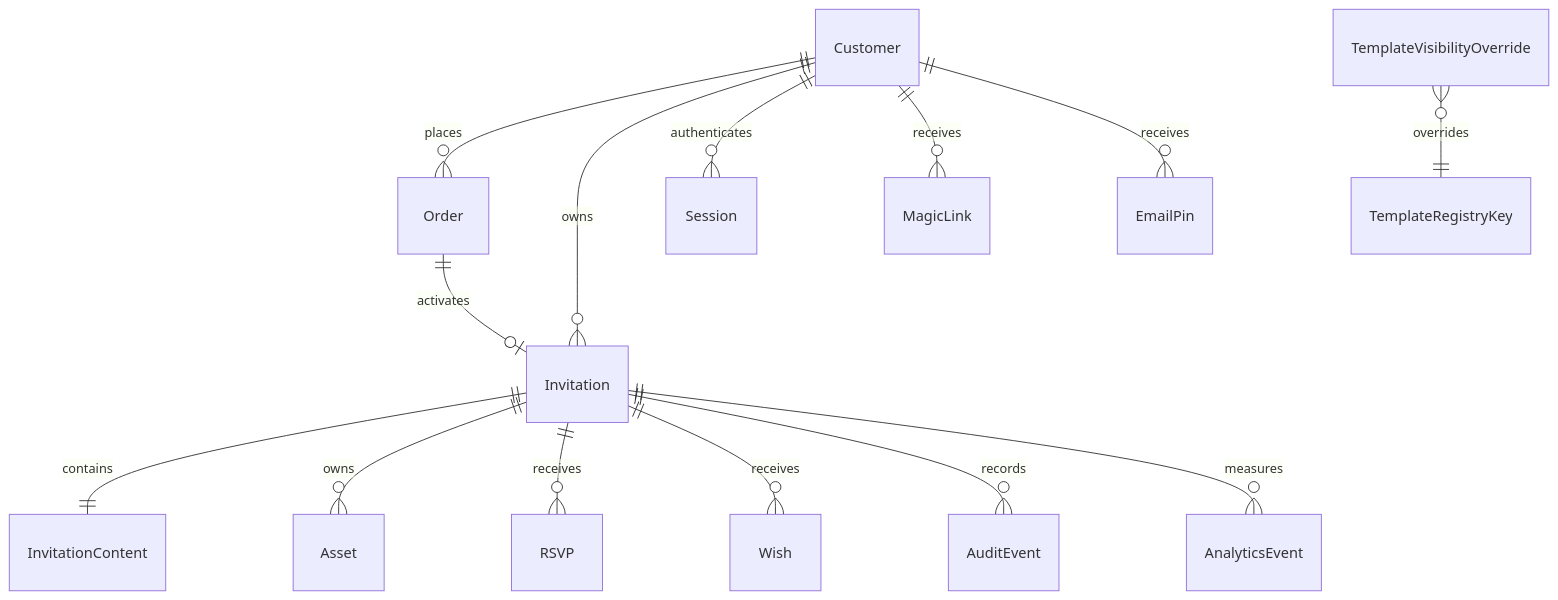
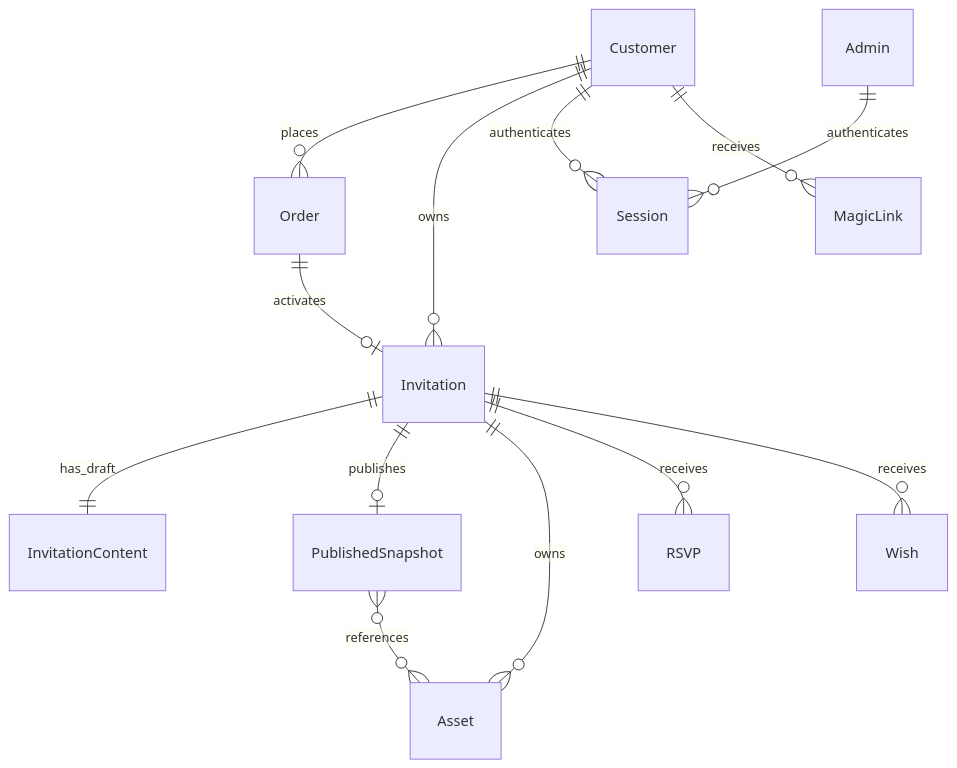
Before and after one commit to farreladelm/kamukamiundang: the third of 5 diagrams in tasks/plan.md, drawn with Mermaid. The commit also changed other lines of this file and 3 other files, not shown here.

````diff
--- a/tasks/plan.md
+++ b/tasks/plan.md
@@ -109,16 +192,15 @@
 ```mermaid
 erDiagram
   Customer ||--o{ Order : places
   Customer ||--o{ Invitation : owns
   Order ||--o| Invitation : activates
-  Invitation ||--|| InvitationContent : contains
+  Invitation ||--|| InvitationContent : has_draft
+  Invitation ||--o| PublishedSnapshot : publishes
   Invitation ||--o{ Asset : owns
+  PublishedSnapshot }o--o{ Asset : references
   Invitation ||--o{ RSVP : receives
   Invitation ||--o{ Wish : receives
   Customer ||--o{ Session : authenticates
   Customer ||--o{ MagicLink : receives
-  Customer ||--o{ EmailPin : receives
-  Invitation ||--o{ AuditEvent : records
-  Invitation ||--o{ AnalyticsEvent : measures
-  TemplateVisibilityOverride }o--|| TemplateRegistryKey : overrides
+  Admin ||--o{ Session : authenticates
 ```
````
